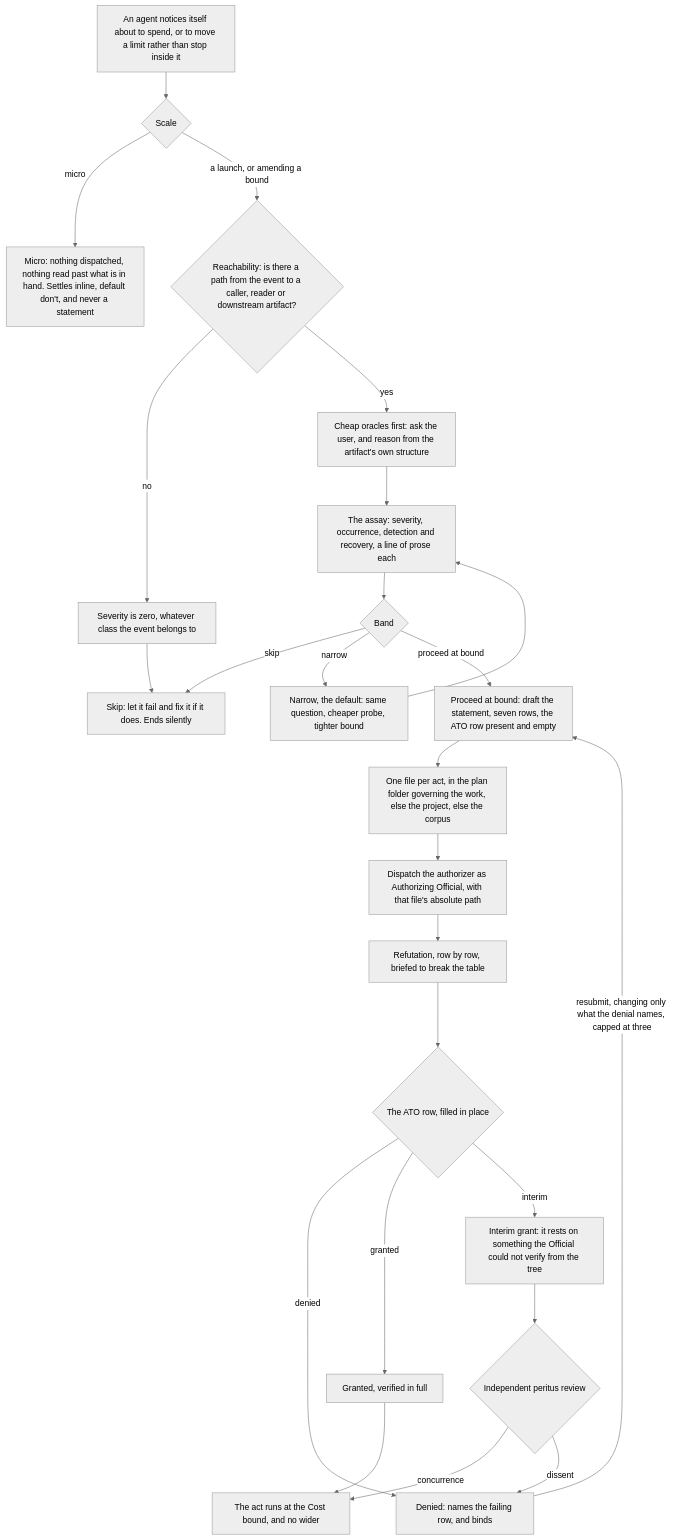
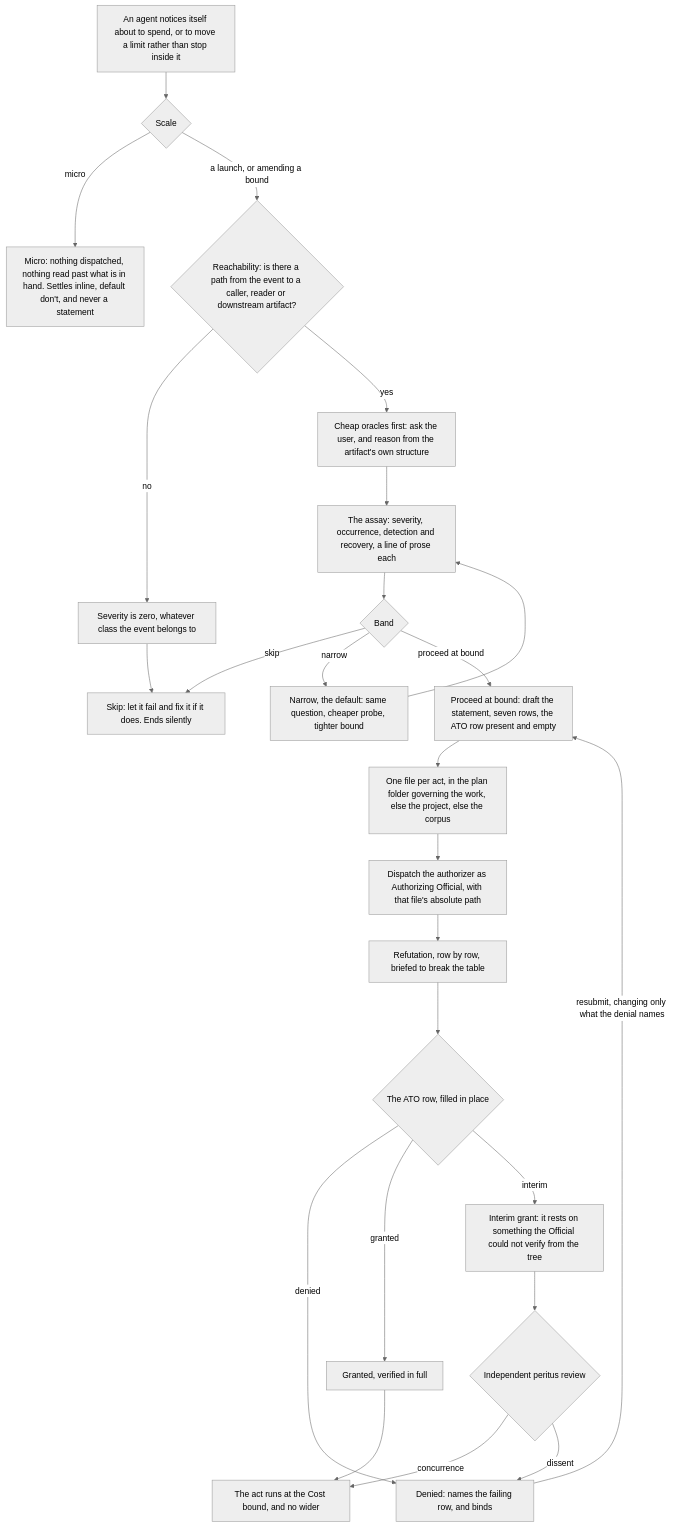
One commit to EricBLivingston/corpus-iuris changed the second of 2 diagrams in docs/governance.md. Above: the diagram before and after it, drawn with Mermaid (neutral theme). The commit also changed other lines of this file and 11 other files, not shown here.

````diff
--- a/docs/governance.md
+++ b/docs/governance.md
@@ -151,48 +151,48 @@
 ```mermaid
 flowchart TD
   SPEND["An agent notices itself about to spend, or to move a limit rather than stop inside it"]
   SCALE{"Scale"}
   MICRO["Micro: nothing dispatched, nothing read past what is in hand. Settles inline, default don't, and never a statement"]
   REACH{"Reachability: is there a path from the event to a caller, reader or downstream artifact?"}
   ZERO["Severity is zero, whatever class the event belongs to"]
   ORACLE["Cheap oracles first: ask the user, and reason from the artifact's own structure"]
   ASSAY["The assay: severity, occurrence, detection and recovery, a line of prose each"]
   BAND{"Band"}
   SKIP["Skip: let it fail and fix it if it does. Ends silently"]
   NARROW["Narrow, the default: same question, cheaper probe, tighter bound"]
   DRAFT["Proceed at bound: draft the statement, seven rows, the ATO row present and empty"]
   FILE["One file per act, in the plan folder governing the work, else the project, else the corpus"]
   AO["Dispatch the authorizer as Authorizing Official, with that file's absolute path"]
   REFUTE["Refutation, row by row, briefed to break the table"]
   DECIDE{"The ATO row, filled in place"}
   DENY["Denied: names the failing row, and binds"]
   FULL["Granted, verified in full"]
   INTERIM["Interim grant: it rests on something the Official could not verify from the tree"]
   PERITUS{"Independent peritus review"}
   ACT["The act runs at the Cost bound, and no wider"]
 
   SPEND --> SCALE
   SCALE -->|"micro"| MICRO
   SCALE -->|"a launch, or amending a bound"| REACH
   REACH -->|"no"| ZERO
   ZERO --> SKIP
   REACH -->|"yes"| ORACLE
   ORACLE --> ASSAY
   ASSAY --> BAND
   BAND -->|"skip"| SKIP
   BAND -->|"narrow"| NARROW
   NARROW --> ASSAY
   BAND -->|"proceed at bound"| DRAFT
   DRAFT --> FILE
   FILE --> AO
   AO --> REFUTE
   REFUTE --> DECIDE
   DECIDE -->|"denied"| DENY
   DECIDE -->|"granted"| FULL
   DECIDE -->|"interim"| INTERIM
   FULL --> ACT
   INTERIM --> PERITUS
   PERITUS -->|"concurrence"| ACT
   PERITUS -->|"dissent"| DENY
-  DENY -->|"resubmit, changing only what the denial names, capped at three"| DRAFT
+  DENY -->|"resubmit, changing only what the denial names"| DRAFT
 ```
````
